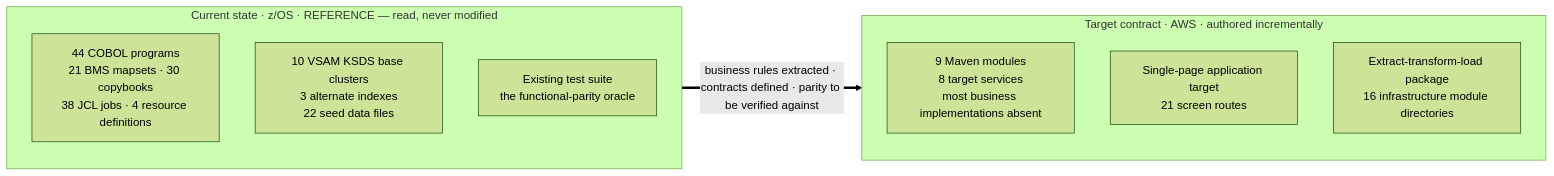
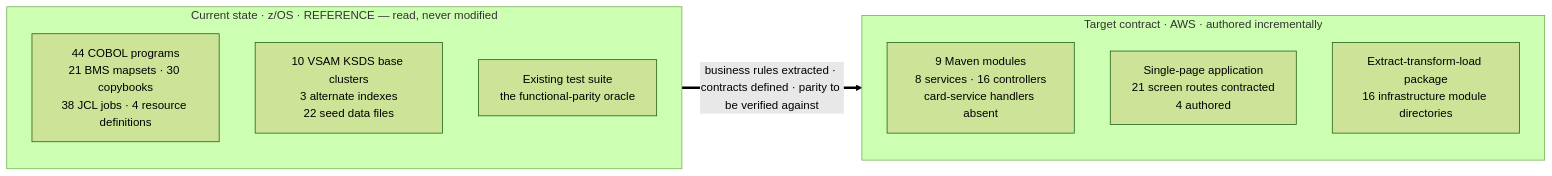
Before and after one commit to Blitzy-LocalStack/aws-mainframe-modernization-carddemo: the third of 3 diagrams in docs/architecture/context-and-container-diagrams.md, drawn with Mermaid (forest theme). The commit also changed other lines of this file and 450 other files, not shown here.

````diff
--- a/docs/architecture/context-and-container-diagrams.md
+++ b/docs/architecture/context-and-container-diagrams.md
@@ -740,22 +747,22 @@
 ```mermaid
 graph LR
     subgraph CURRENT["Current state · z/OS · REFERENCE — read, never modified"]
         C1["44 COBOL programs<br/>21 BMS mapsets · 30 copybooks<br/>38 JCL jobs · 4 resource definitions"]
         C2["10 VSAM KSDS base clusters<br/>3 alternate indexes<br/>22 seed data files"]
         C3["Existing test suite<br/>the functional-parity oracle"]
     end
 
     subgraph TARGET["Target contract · AWS · authored incrementally"]
-        T1["9 Maven modules<br/>8 target services<br/>most business implementations absent"]
-        T2["Single-page application target<br/>21 screen routes"]
+        T1["9 Maven modules<br/>8 services · 16 controllers<br/>card-service handlers absent"]
+        T2["Single-page application<br/>21 screen routes contracted<br/>4 authored"]
         T3["Extract-transform-load package<br/>16 infrastructure module directories"]
     end
 
     CURRENT ==>|"business rules extracted · contracts defined · parity to be verified against"| TARGET
 %% The dependency is one-way and total. Target code READS the baseline as its
 %% specification; it NEVER writes it. The current-state subgraph is byte-identical
 %% to what it was before this migration. Target nodes describe contracted
 %% deployables; they do not claim each implementation or composition file exists.
 %% There is deliberately NO reverse edge: nothing in the target is a prerequisite
 %% for the baseline continuing to run exactly as it does.
 ```
````
